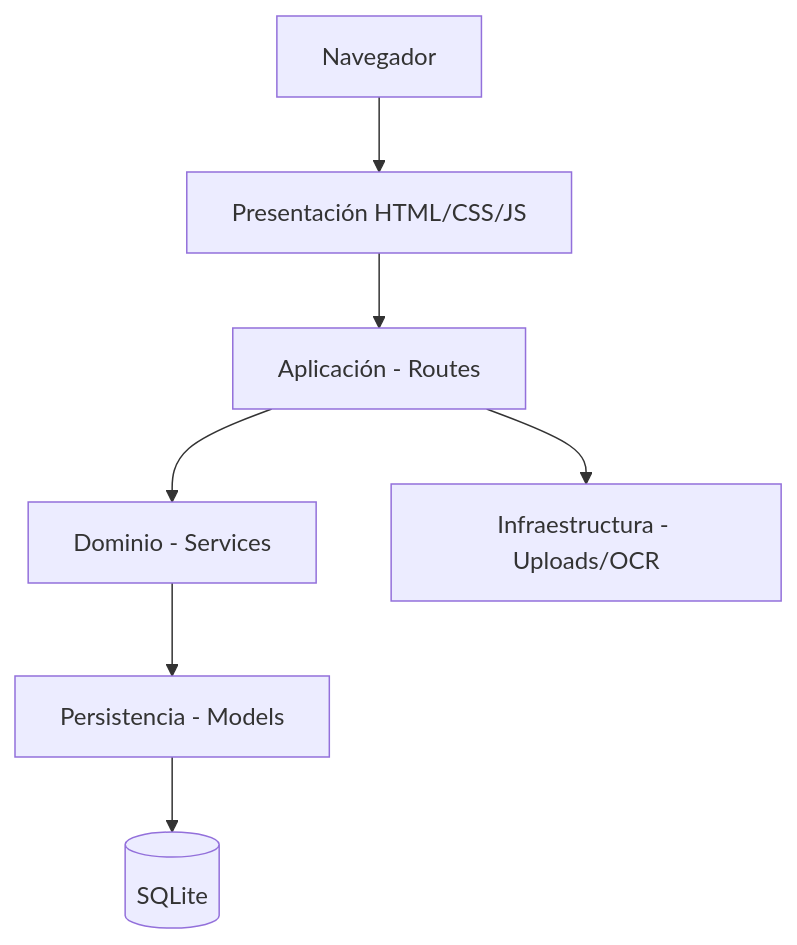
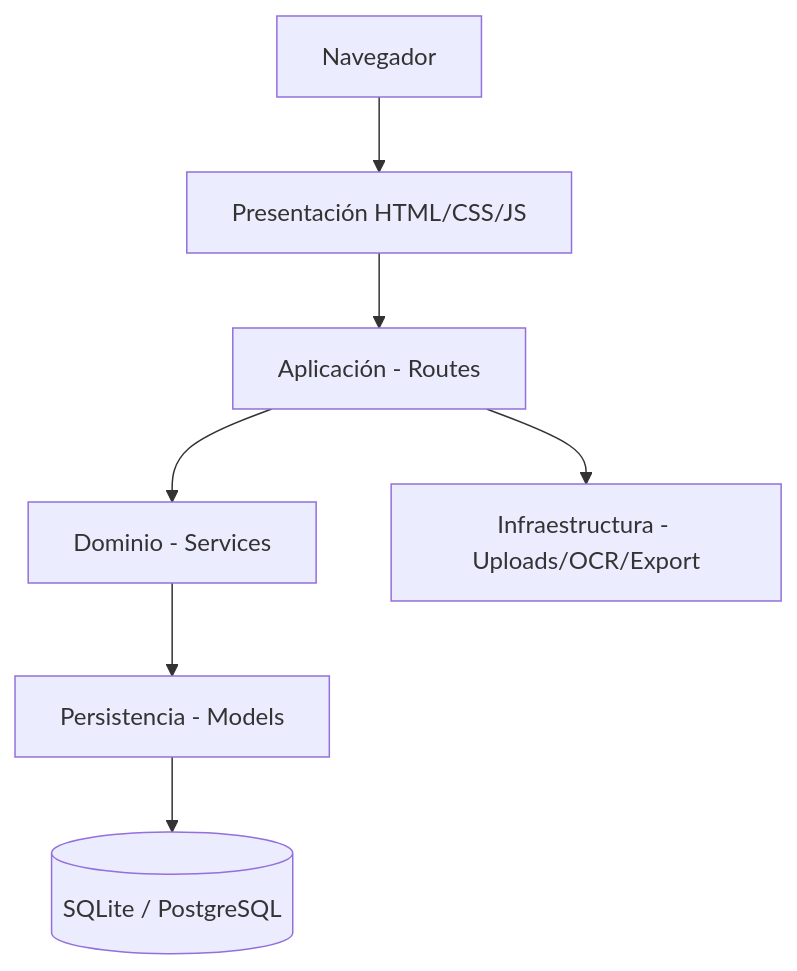
The first of 2 diagrams in docs/01-documento-tecnico.md (Thel-Vatham/cobranza-app), drawn with Mermaid before and after one commit. The commit also changed other lines of this file and 20 other files, not shown here.

````diff
--- a/docs/01-documento-tecnico.md
+++ b/docs/01-documento-tecnico.md
@@ -48,9 +50,9 @@
 ```mermaid
 flowchart TD
   U[Navegador] --> P[Presentación HTML/CSS/JS]
   P --> A[Aplicación - Routes]
   A --> D[Dominio - Services]
   D --> R[Persistencia - Models]
-  R --> DB[(SQLite)]
-  A --> I[Infraestructura - Uploads/OCR]
+  R --> DB[(SQLite / PostgreSQL)]
+  A --> I[Infraestructura - Uploads/OCR/Export]
 ```
````
